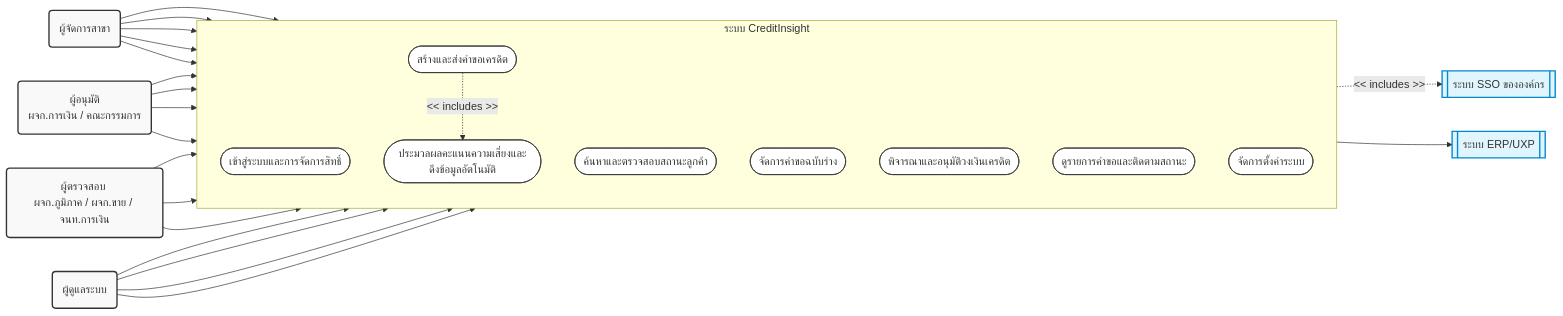
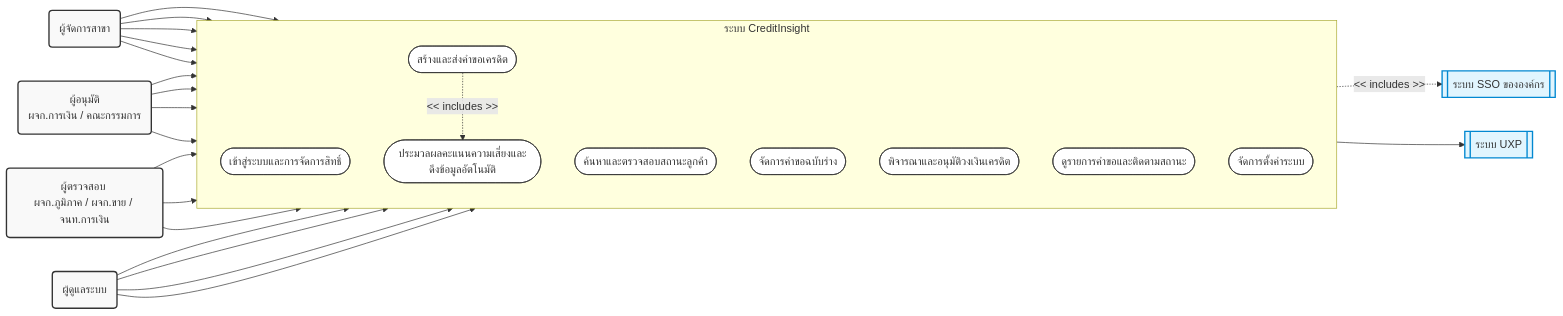
One commit to JinnawatJid/iNsightDocs changed the first of 6 diagrams in docs/presentations/use_case_diagram.md. Above: the diagram before and after it, drawn with Mermaid. The commit also changed other lines of this file and 1 other file, not shown here.

First line of the commit message:
Update docs to replace ERP with UXP and refine Customer Search flow

````diff
--- a/docs/presentations/use_case_diagram.md
+++ b/docs/presentations/use_case_diagram.md
@@ -10,59 +10,59 @@
 ```mermaid
 flowchart LR
     %% Styling
     classDef actorStyle fill:#f9f9f9,stroke:#333,stroke-width:2px;
     classDef systemStyle fill:#e1f5fe,stroke:#0288d1,stroke-width:2px;
     classDef useCaseStyle fill:#fff,stroke:#333,stroke-width:1px;
 
     %% Primary Actors
     BM(ผู้จัดการสาขา):::actorStyle
     App(ผู้อนุมัติ <br>ผจก.การเงิน / คณะกรรมการ):::actorStyle
     Rev(ผู้ตรวจสอบ <br>ผจก.ภูมิภาค / ผจก.ขาย / จนท.การเงิน):::actorStyle
     Admin(ผู้ดูแลระบบ):::actorStyle
 
     %% External Systems (Secondary Actors)
     SSO[[ระบบ SSO ขององค์กร]]:::systemStyle
-    ERP[[ระบบ ERP/UXP]]:::systemStyle
+    UXP[[ระบบ UXP]]:::systemStyle
 
     %% System Boundary
     subgraph CreditInsight [ระบบ CreditInsight]
         direction TB
         UC1([เข้าสู่ระบบและการจัดการสิทธิ์]):::useCaseStyle
         UC2([ค้นหาและตรวจสอบสถานะลูกค้า]):::useCaseStyle
         UC3([สร้างและส่งคำขอเครดิต]):::useCaseStyle
         UC4([จัดการคำขอฉบับร่าง]):::useCaseStyle
         UC5([ประมวลผลคะแนนความเสี่ยงและดึงข้อมูลอัตโนมัติ]):::useCaseStyle
         UC6([พิจารณาและอนุมัติวงเงินเครดิต]):::useCaseStyle
         UC7([ดูรายการคำขอและติดตามสถานะ]):::useCaseStyle
         UC8([จัดการตั้งค่าระบบ]):::useCaseStyle
     end
 
     %% Actor Connections
     BM --> UC1
     App --> UC1
     Rev --> UC1
     Admin --> UC1
 
     BM --> UC2
     BM --> UC3
     BM --> UC4
     BM --> UC7
 
     App --> UC2
     App --> UC6
     App --> UC7
 
     Rev --> UC2
     Rev --> UC7
 
     Admin --> UC2
     Admin --> UC7
     Admin --> UC8
 
     %% Relationships and Includes/Extends
     UC1 -. "<< includes >>" .-> SSO
     UC3 -. "<< includes >>" .-> UC5
 
     %% System Connections
-    UC5 --> ERP
+    UC5 --> UXP
 ```
````
